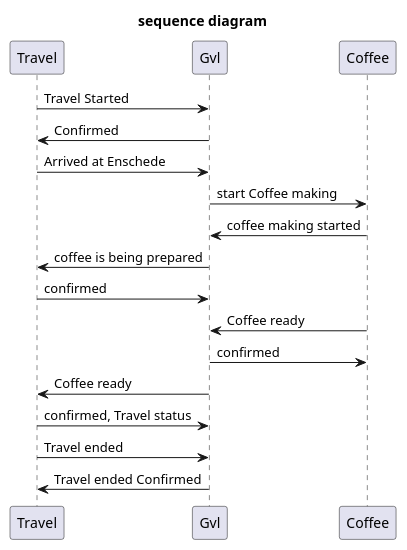
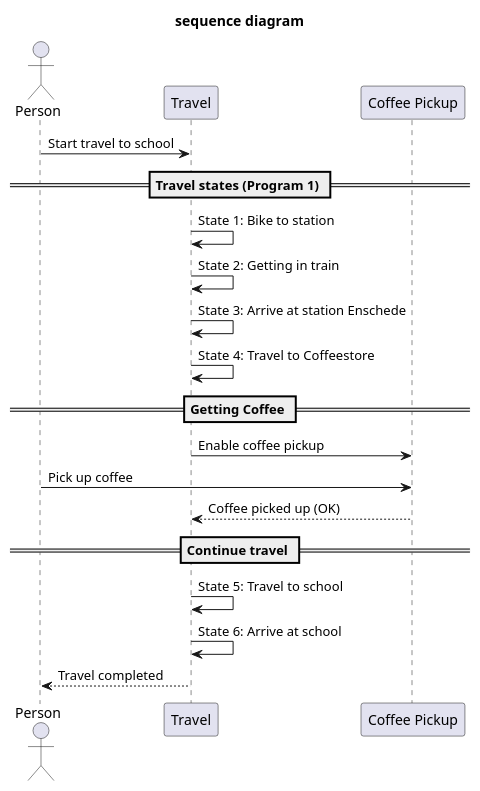
One commit to bluegorillanl/Bart-Grootte-Bromhaar-P-S-assignment changed the diagram in src/Personal_assignment.md. Above: the diagram before and after it, drawn with PlantUML. The commit also changed other lines of this file and 1 other file, not shown here.

Commit message:
final copies

````diff
--- a/src/Personal_assignment.md
+++ b/src/Personal_assignment.md
@@ -4,29 +9,35 @@
 ```plantuml
 
 @startuml
 
 title sequence diagram
 
-Travel -> Gvl : Travel Started
-Gvl -> Travel  : Confirmed
-
-Travel -> Gvl : Arrived at Enschede
-Gvl -> Coffee : start Coffee making
-
-Coffee-> Gvl : coffee making started
+actor Person
+participant "Travel" as Travel
+participant "Coffee Pickup" as Coffee
 
 
+Person -> Travel: Start travel to school
 
-Gvl -> Travel : coffee is being prepared
-Travel -> Gvl : confirmed
 
-Coffee -> Gvl : Coffee ready
-Gvl -> Coffee : confirmed
-Gvl -> Travel : Coffee ready
-Travel -> Gvl : confirmed, Travel status
+== Travel states (Program 1) ==
+Travel -> Travel: State 1: Bike to station
+Travel -> Travel: State 2: Getting in train
+Travel -> Travel: State 3: Arrive at station Enschede
+Travel -> Travel: State 4: Travel to Coffeestore
 
-Travel -> Gvl : Travel ended
-Gvl -> Travel: Travel ended Confirmed
 
+== Getting Coffee ==
+Travel -> Coffee: Enable coffee pickup
+Person -> Coffee: Pick up coffee
+Coffee --> Travel: Coffee picked up (OK)
+
+
+== Continue travel ==
+Travel -> Travel: State 5: Travel to school
+Travel -> Travel: State 6: Arrive at school
+
+
+Travel --> Person: Travel completed
 @enduml
 ```
````
